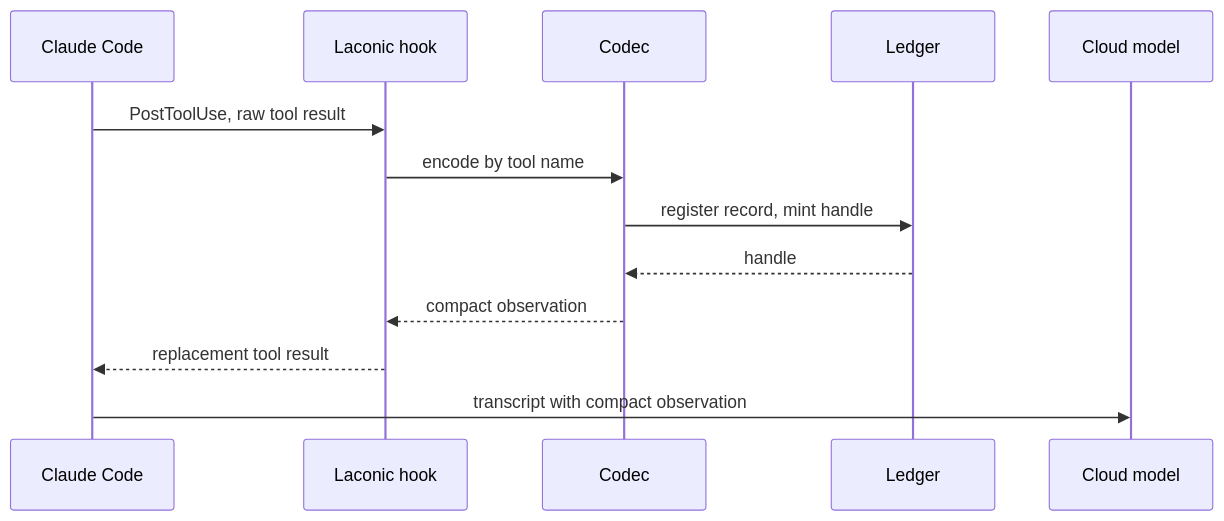
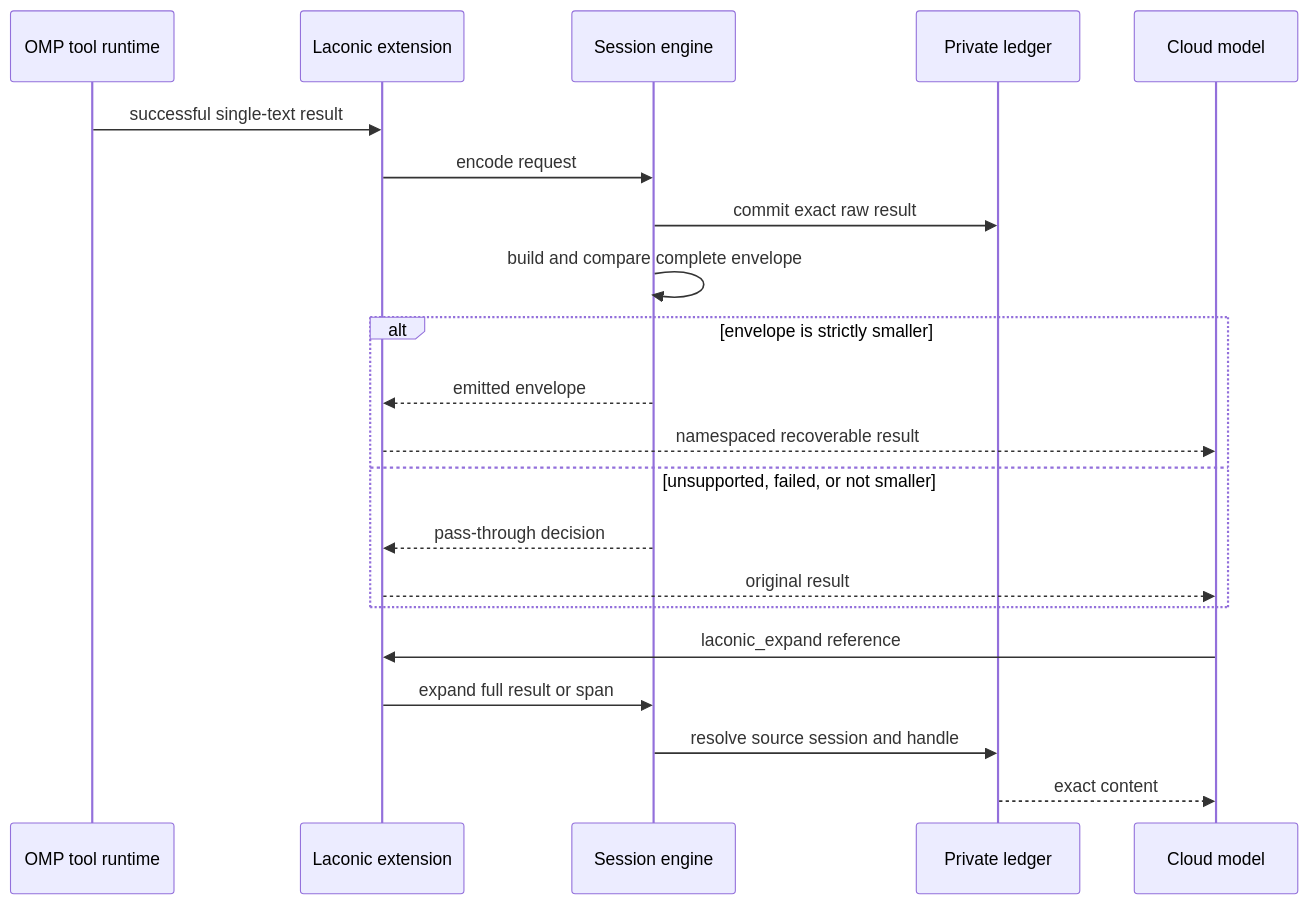
Before and after one commit to Mathews-Tom/laconic: the fifth of 5 diagrams in docs/system-design.md, drawn with Mermaid. The commit also changed other lines of this file, not shown here.

First line of the commit message:
docs: describe OMP-first runtime architecture

````diff
--- a/docs/system-design.md
+++ b/docs/system-design.md
@@ -391,16 +397,24 @@
 ```mermaid
 sequenceDiagram
-    participant CC as Claude Code
-    participant HK as Laconic hook
-    participant CD as Codec
-    participant LG as Ledger
+    participant T as OMP tool runtime
+    participant E as Laconic extension
+    participant R as Session engine
+    participant L as Private ledger
     participant M as Cloud model
 
-    CC->>HK: PostToolUse, raw tool result
-    HK->>CD: encode by tool name
-    CD->>LG: register record, mint handle
-    LG-->>CD: handle
-    CD-->>HK: compact observation
-    HK-->>CC: replacement tool result
-    CC->>M: transcript with compact observation
+    T->>E: successful single-text result
+    E->>R: encode request
+    R->>L: commit exact raw result
+    R->>R: build and compare complete envelope
+    alt envelope is strictly smaller
+        R-->>E: emitted envelope
+        E-->>M: namespaced recoverable result
+    else unsupported, failed, or not smaller
+        R-->>E: pass-through decision
+        E-->>M: original result
+    end
+    M->>E: laconic_expand reference
+    E->>R: expand full result or span
+    R->>L: resolve source session and handle
+    L-->>M: exact content
 ```
````
